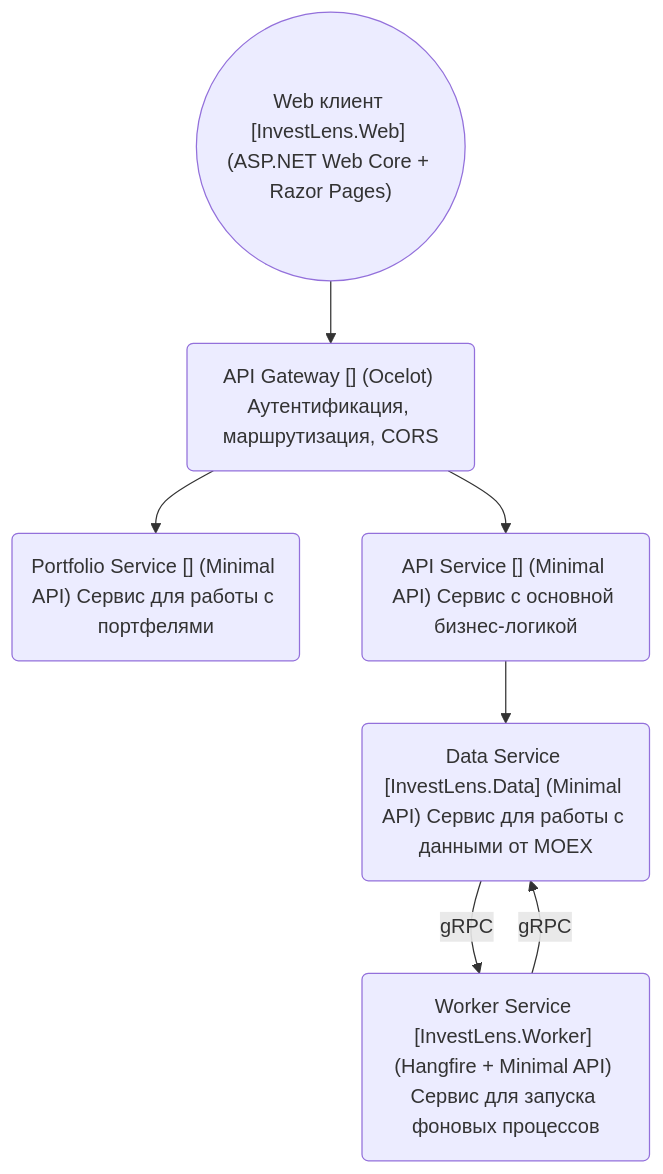
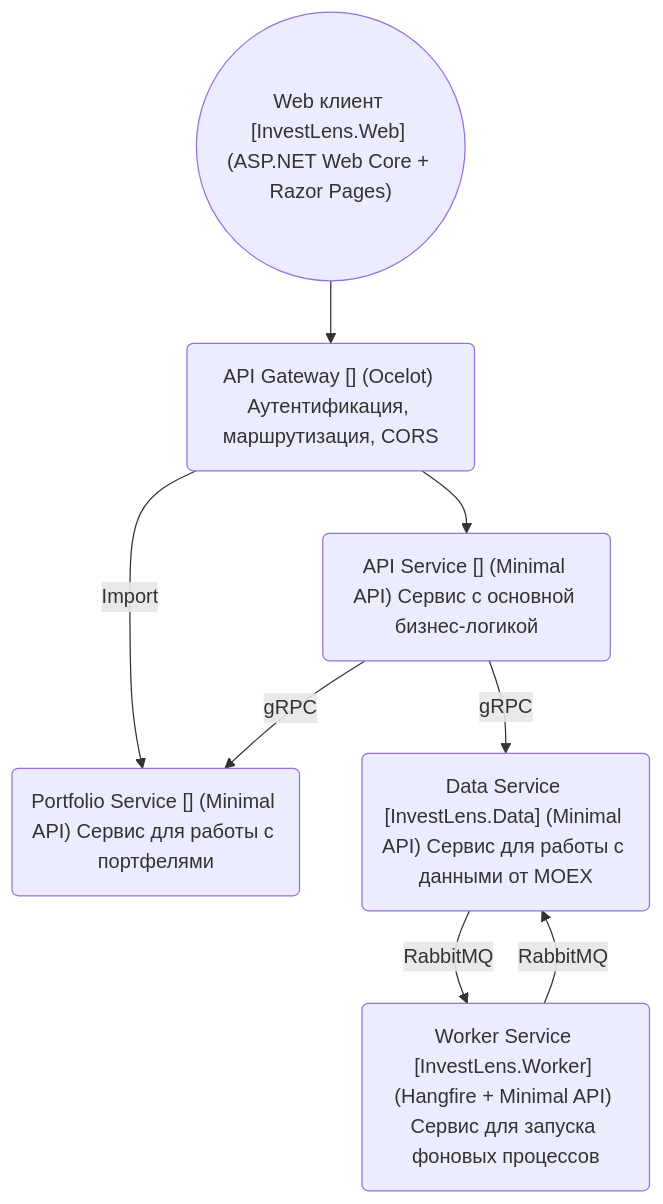
The diagram in README.md (Alexander-Yurtaev/InvestLens), drawn with Mermaid before and after one commit. The commit also changed 5 other files, not shown here.

````diff
--- a/README.md
+++ b/README.md
@@ -24,18 +24,20 @@
 ```mermaid
 flowchart TD
 	web@{ shape: circle, label: "Web клиент [InvestLens.Web] (ASP.NET Web Core + Razor Pages)" }
 	-->
 	api_gateway@{ shape: rounded, label: "API Gateway [] (Ocelot) Аутентификация, маршрутизация, CORS" }
-	-->
+	-- Import -->
 	portfolio_service@{ shape: rounded, label: "Portfolio Service [] (Minimal API) Сервис для работы с портфелями" }
 
 	api_gateway
 	--> 
 	api_service@{ shape: rounded, label: "API Service [] (Minimal API) Сервис с основной бизнес-логикой" }
-	-->
+	--gRPC-->
 	data_service@{ shape: rounded, label: "Data Service [InvestLens.Data] (Minimal API) Сервис для работы с данными от MOEX" }
-	--gRPC-->
+	--RabbitMQ-->
 	worker_service@{ shape: rounded, label: "Worker Service [InvestLens.Worker] (Hangfire + Minimal API) Сервис для запуска фоновых процессов" }
-	--gRPC-->
+	--RabbitMQ-->
 	data_service
+
+	api_service --gRPC--> portfolio_service
 ```
````
